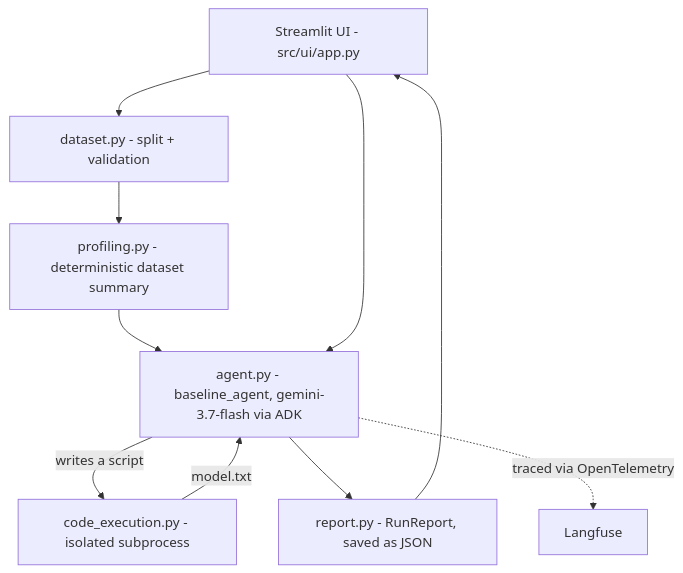
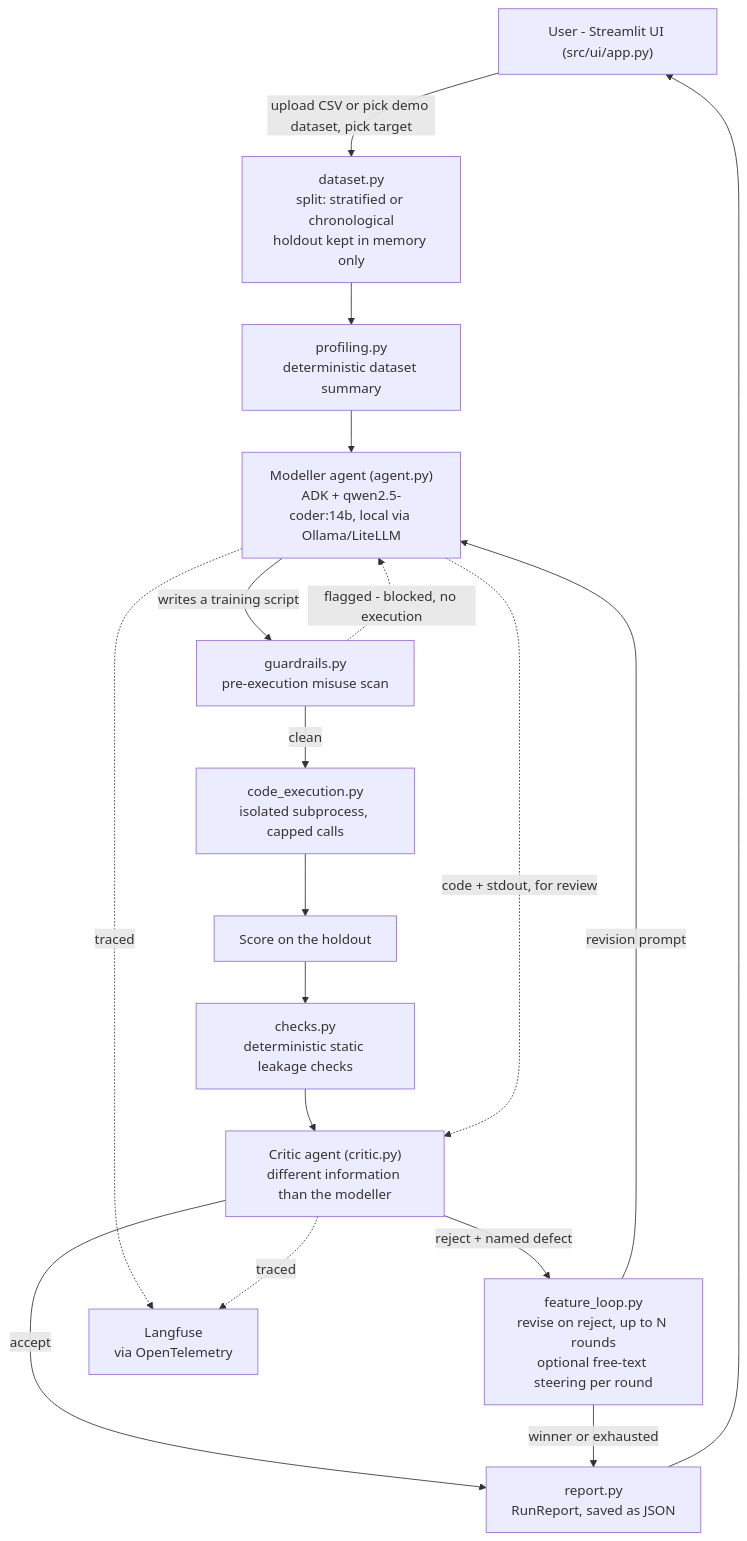
Before and after one commit to kcholyshere/Baseline-critic: the diagram in ARCHITECTURE.md, drawn with Mermaid. The commit also changed other lines of this file and 2 other files, not shown here.

First line of the commit message:
Rewrite ARCHITECTURE.md to the current pipeline, add EVALUATION.md, run a deadline-day audit

````diff
--- a/ARCHITECTURE.md
+++ b/ARCHITECTURE.md
@@ -18,20 +5,33 @@
 ```mermaid
 flowchart TD
-    UI["Streamlit UI - src/ui/app.py"]
-    Dataset["dataset.py - split + validation"]
-    Profiling["profiling.py - deterministic dataset summary"]
-    Agent["agent.py - baseline_agent, gemini-3.7-flash via ADK"]
-    Sandbox["code_execution.py - isolated subprocess"]
-    Report["report.py - RunReport, saved as JSON"]
-    Langfuse["Langfuse"]
+    User["User - Streamlit UI (src/ui/app.py)"]
+    Dataset["dataset.py<br/>split: stratified or chronological<br/>holdout kept in memory only"]
+    Profiling["profiling.py<br/>deterministic dataset summary"]
+    Modeller["Modeller agent (agent.py)<br/>ADK + qwen2.5-coder:14b, local via Ollama/LiteLLM"]
+    Guardrail["guardrails.py<br/>pre-execution misuse scan"]
+    Sandbox["code_execution.py<br/>isolated subprocess, capped calls"]
+    Score["Score on the holdout"]
+    Checks["checks.py<br/>deterministic static leakage checks"]
+    Critic["Critic agent (critic.py)<br/>different information than the modeller"]
+    Loop["feature_loop.py<br/>revise on reject, up to N rounds<br/>optional free-text steering per round"]
+    Report["report.py<br/>RunReport, saved as JSON"]
+    Langfuse["Langfuse<br/>via OpenTelemetry"]
 
-    UI --> Dataset
+    User -->|"upload CSV or pick demo dataset, pick target"| Dataset
     Dataset --> Profiling
-    Profiling --> Agent
-    UI --> Agent
-    Agent -->|"writes a script"| Sandbox
-    Sandbox -->|"model.txt"| Agent
-    Agent --> Report
-    Report --> UI
-    Agent -.traced via OpenTelemetry.-> Langfuse
+    Profiling --> Modeller
+    Modeller -->|"writes a training script"| Guardrail
+    Guardrail -->|"clean"| Sandbox
+    Guardrail -.->|"flagged - blocked, no execution"| Modeller
+    Sandbox --> Score
+    Score --> Checks
+    Checks --> Critic
+    Modeller -.->|"code + stdout, for review"| Critic
+    Critic -->|"accept"| Report
+    Critic -->|"reject + named defect"| Loop
+    Loop -->|"revision prompt"| Modeller
+    Report --> User
+    Loop -->|"winner or exhausted"| Report
+    Modeller -. traced .-> Langfuse
+    Critic -. traced .-> Langfuse
 ```
````
